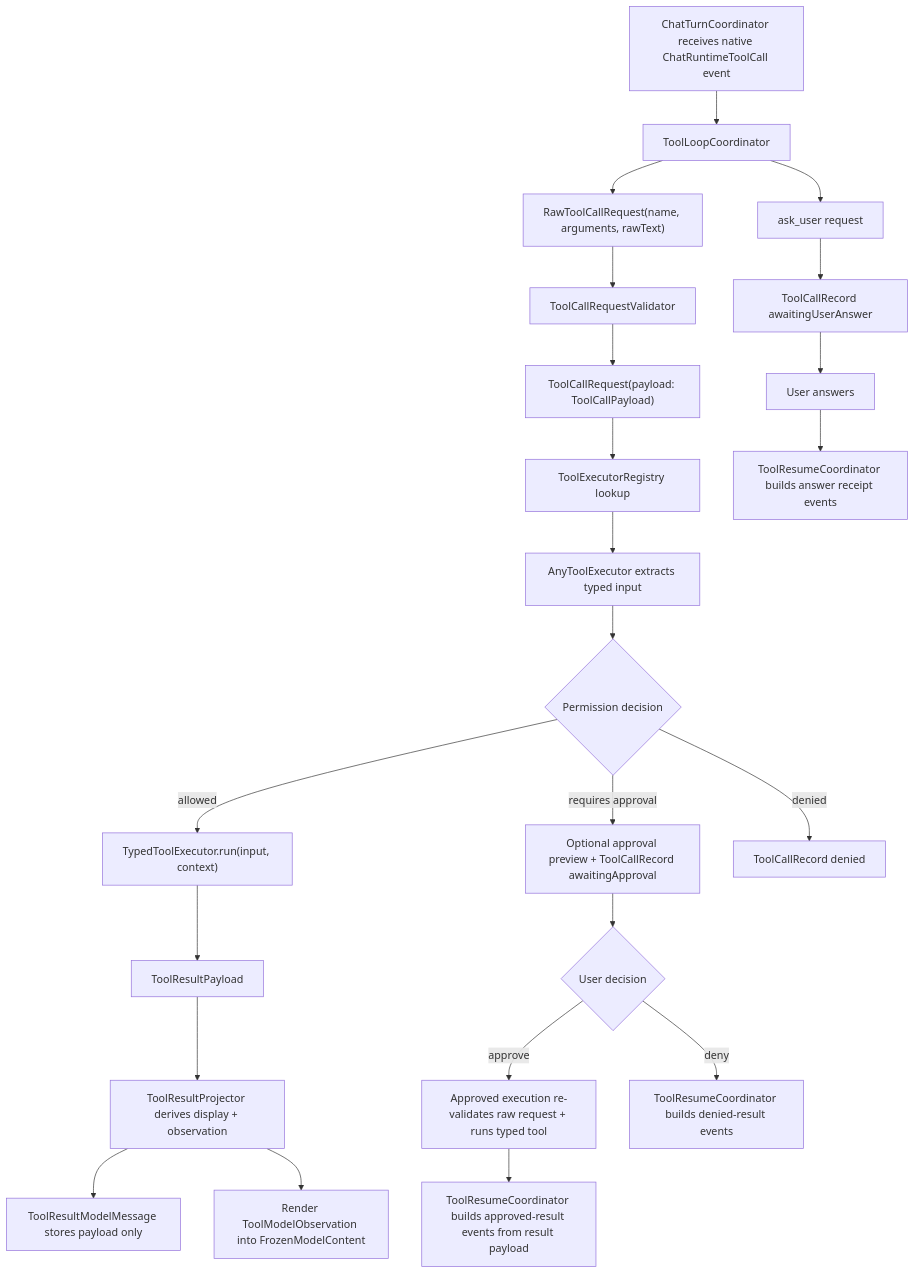
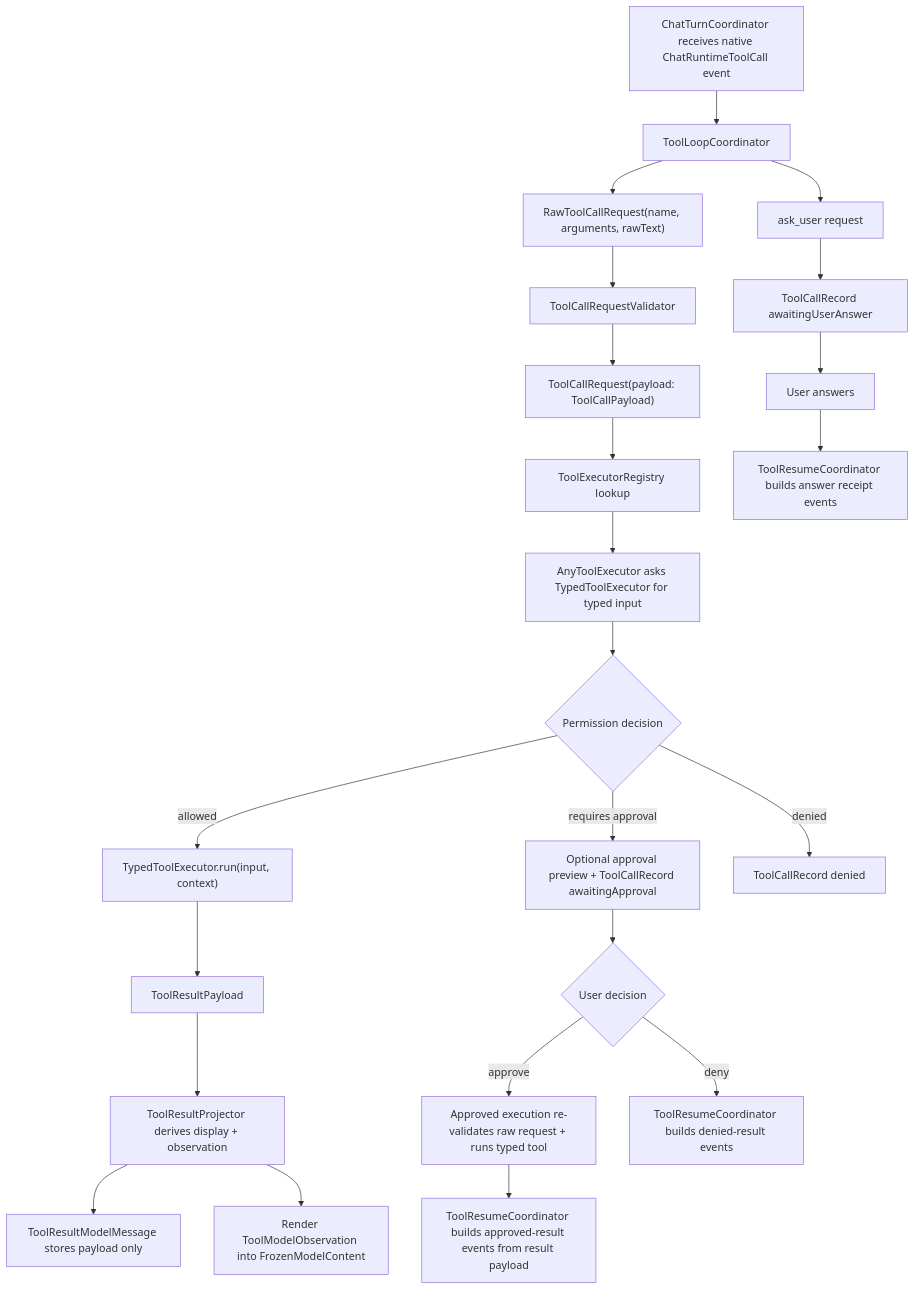
Before and after one commit to ngutech21/sumika-chat: the diagram in docs/tool-runtime.md, drawn with Mermaid. The commit also changed other lines of this file and 7 other files, not shown here.

Commit message:
refactor: add input extraction methods for various tool executors

````diff
--- a/docs/tool-runtime.md
+++ b/docs/tool-runtime.md
@@ -10,25 +10,25 @@
 ```mermaid
 flowchart TD
   A["ChatTurnCoordinator receives native ChatRuntimeToolCall event"] --> B["ToolLoopCoordinator"]
   B --> C["RawToolCallRequest(name, arguments, rawText)"]
   C --> D["ToolCallRequestValidator"]
   D --> E["ToolCallRequest(payload: ToolCallPayload)"]
   E --> F["ToolExecutorRegistry lookup"]
-  F --> G["AnyToolExecutor extracts typed input"]
+  F --> G["AnyToolExecutor asks TypedToolExecutor for typed input"]
   G --> H{"Permission decision"}
   H -- "allowed" --> I["TypedToolExecutor.run(input, context)"]
   H -- "requires approval" --> J["Optional approval preview + ToolCallRecord awaitingApproval"]
   H -- "denied" --> K["ToolCallRecord denied"]
   I --> L["ToolResultPayload"]
   L --> O["ToolResultProjector derives display + observation"]
   O --> P["ToolResultModelMessage stores payload only"]
   O --> Q["Render ToolModelObservation into FrozenModelContent"]
   J --> M{"User decision"}
   M -- "approve" --> N["Approved execution re-validates raw request + runs typed tool"]
   N --> R["ToolResumeCoordinator builds approved-result events from result payload"]
   M -- "deny" --> S["ToolResumeCoordinator builds denied-result events"]
   B --> T["ask_user request"]
   T --> U["ToolCallRecord awaitingUserAnswer"]
   U --> V["User answers"]
   V --> W["ToolResumeCoordinator builds answer receipt events"]
 ```
````
